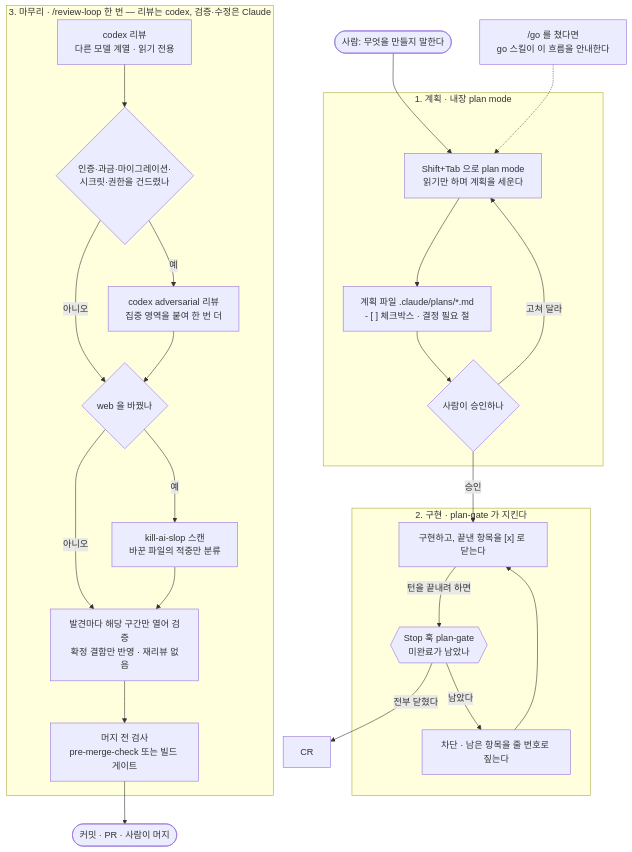
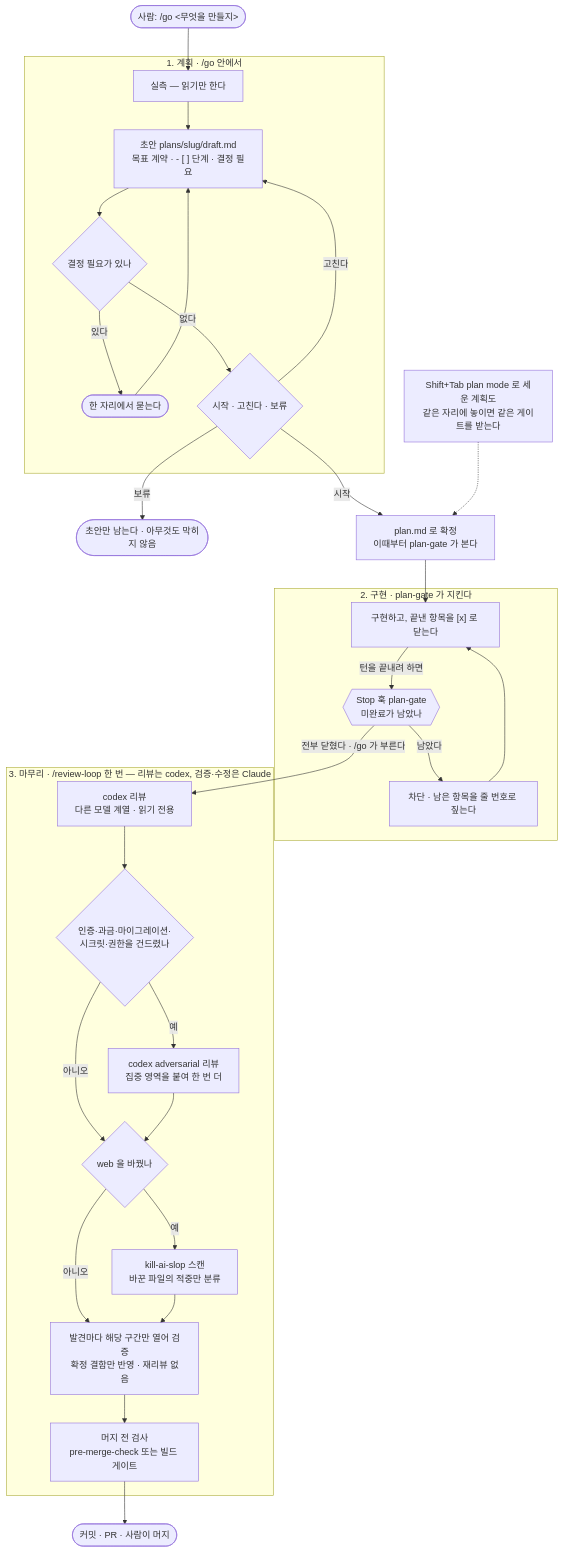
One commit to jwjinn/go-skill changed the first of 3 diagrams in README.md. Above: the diagram before and after it, drawn with Mermaid. The commit also changed other lines of this file and 2 other files, not shown here.

Commit message:
feat(go): 처음부터 끝까지를 한 호출로 — 초안 → 사람 승인 → 구현(plan-gate) → /review-loop → 보고 (#4)
사용자 요청(2026-10-11): 「플랜모드로 말고 이 과정의 시작과 끝을 플랜으로 묶고 싶어. 특정 스킬을 호출해서
플랜을 만들고 … 그 스킬 안에서 만족하면 시작하는 것으로」. 안내만 하던 /go 를 실제 체인으로 바꿨다.

- skills/go: 실측(읽기만) → 초안 `.claude/plans/<slug>/draft.md`(목표 계약 · 체크박스 단계 · 결정 필요 · 자원 회수)
  → 결정을 한 자리에서 닫음 → 「시작 · 고친다 · 보류」를 만족할 때까지 → 시작하면 `plan.md` 로 확정(그때부터
  plan-gate) → 구현 → Skill review-loop → 최종 보고 5절. 인자 없이 치면 미완료 계획 재개.
  초안을 draft.md 에 두는 이유: plan-gate 가 plan.md 만 보므로 고치는 동안 턴이 막히지 않는다.
- ⛔ 승인은 사람만 한다. 첫 E2E 에서 헤드리스 세션에 질문 도구가 없자 스스로 확정하고 구현까지 갔다(31턴 ·
  $1.80). 질문 도구가 없으면 초안을 보여 주고 턴을 끝내도록 못 박았고, 다시 돌리니 1차는 draft.md 만 남기고
  코드 변경 0 으로 멈췄고, 「시작」을 준 2차가 plan.md → 구현 → 대조군 확인 → codex 리뷰 → 커밋까지 갔다(28턴 · $1.90).
- review-loop: base 가 없으면(원격 없음) HEAD~1 을 쓰고 그 사실을 적는다.
- README: 표 · 흐름도(계획 절을 /go 안으로 · plan mode 는 같은 게이트를 받는 대안) · 다섯 줄 갱신.

````diff
--- a/README.md
+++ b/README.md
@@ -19,34 +19,37 @@
 ```mermaid
 flowchart TD
-    U(["사람: 무엇을 만들지 말한다"]) --> PM
-    G["/go 를 쳤다면<br/>go 스킬이 이 흐름을 안내한다"] -.-> PM
+    U(["사람: /go <무엇을 만들지>"]) --> PM
 
-    subgraph S1["1. 계획 · 내장 plan mode"]
-        PM["Shift+Tab 으로 plan mode<br/>읽기만 하며 계획을 세운다"] --> PF["계획 파일 .claude/plans/*.md<br/>- [ ] 체크박스 · 결정 필요 절"]
-        PF --> OK{"사람이 승인하나"}
+    subgraph S1["1. 계획 · /go 안에서"]
+        PM["실측 — 읽기만 한다"] --> PF["초안 plans/slug/draft.md<br/>목표 계약 · - [ ] 단계 · 결정 필요"]
+        PF --> DQ{"결정 필요가 있나"}
+        DQ -->|"있다"| ASK(["한 자리에서 묻는다"]) --> PF
+        DQ -->|"없다"| OK{"시작 · 고친다 · 보류"}
+        OK -->|"고친다"| PF
     end
 
-    OK -->|"고쳐 달라"| PM
-    OK -->|"승인"| IM
+    OK -->|"보류"| HOLD(["초안만 남는다 · 아무것도 막히지 않음"])
+    OK -->|"시작"| CONF["plan.md 로 확정<br/>이때부터 plan-gate 가 본다"] --> IM
+    G["Shift+Tab plan mode 로 세운 계획도<br/>같은 자리에 놓이면 같은 게이트를 받는다"] -.-> CONF
 
     subgraph S2["2. 구현 · plan-gate 가 지킨다"]
         IM["구현하고, 끝낸 항목을 [x] 로 닫는다"] -->|"턴을 끝내려 하면"| GT{{"Stop 훅 plan-gate<br/>미완료가 남았나"}}
         GT -->|"남았다"| BL["차단 · 남은 항목을 줄 번호로 짚는다"]
         BL --> IM
     end
 
-    GT -->|"전부 닫혔다"| CR
+    GT -->|"전부 닫혔다 · /go 가 부른다"| CX
 
     subgraph S3["3. 마무리 · /review-loop 한 번 — 리뷰는 codex, 검증·수정은 Claude"]
         CX["codex 리뷰<br/>다른 모델 계열 · 읽기 전용"] --> SEN{"인증·과금·마이그레이션·<br/>시크릿·권한을 건드렸나"}
         SEN -->|"예"| ADV["codex adversarial 리뷰<br/>집중 영역을 붙여 한 번 더"]
         SEN -->|"아니오"| WB{"web 을 바꿨나"}
         ADV --> WB
         WB -->|"예"| SL["kill-ai-slop 스캔<br/>바꾼 파일의 적중만 분류"]
         WB -->|"아니오"| FX
         SL --> FX["발견마다 해당 구간만 열어 검증<br/>확정 결함만 반영 · 재리뷰 없음"]
         FX --> CK["머지 전 검사<br/>pre-merge-check 또는 빌드 게이트"]
     end
 
     CK --> PR(["커밋 · PR · 사람이 머지"])
 ```
````
